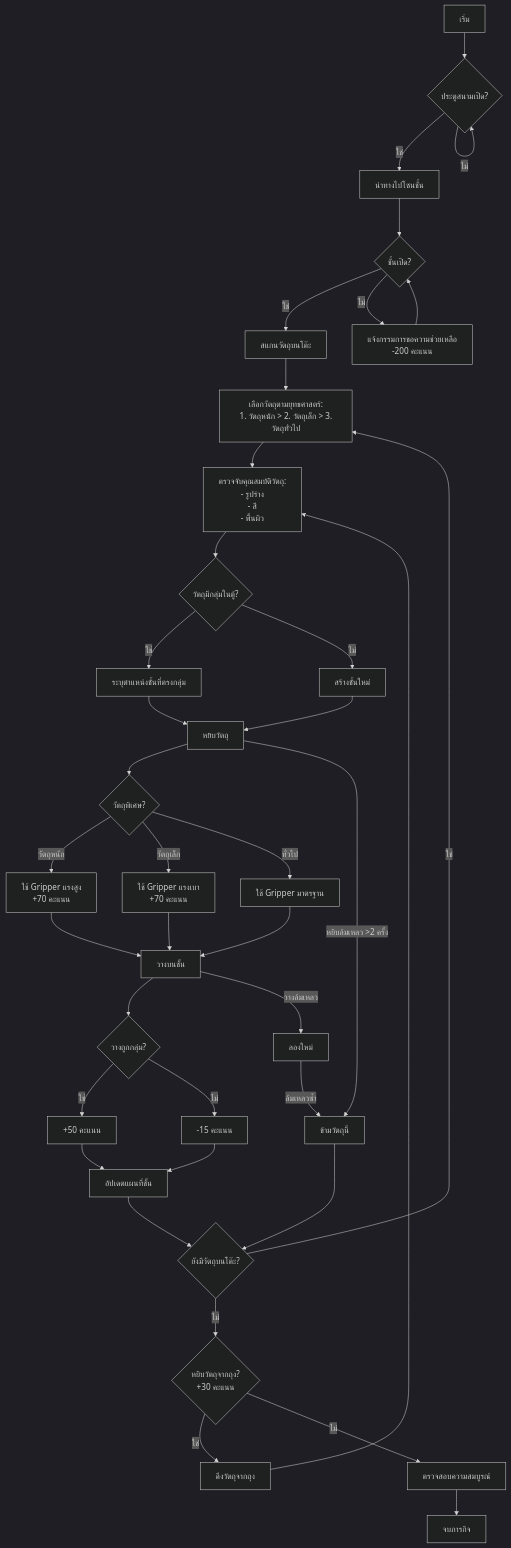
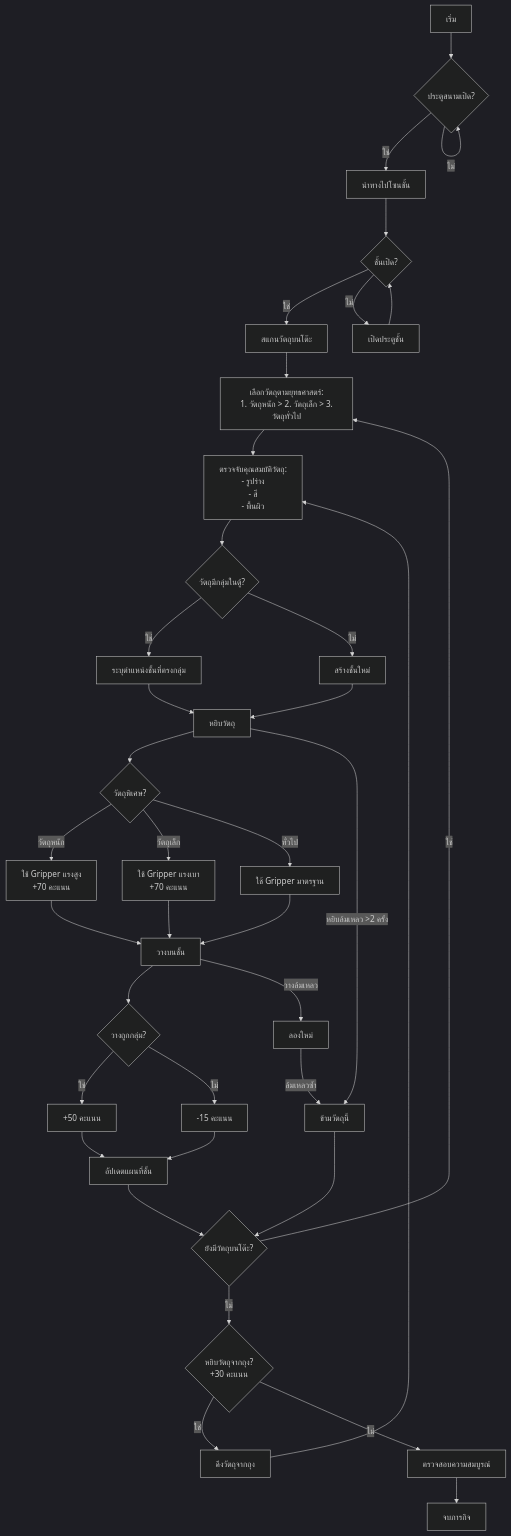
One commit to NapatzZ/state-robocup changed the diagram in StoringGroceries.md. Above: the diagram before and after it, drawn with Mermaid (dark theme).

````diff
--- a/StoringGroceries.md
+++ b/StoringGroceries.md
@@ -1,53 +1,53 @@
 ```mermaid
 flowchart TD
     A[เริ่ม] --> B{ประตูสนามเปิด?}
     B -->|ใช่| C[นำทางไปโซนชั้น]
     B -->|ไม่| B
     
     C --> D{ชั้นเปิด?}
     D -->|ใช่| E[สแกนวัตถุบนโต๊ะ]
-    D -->|ไม่| F[แจ้งกรรมการขอความช่วยเหลือ \n -200 คะแนน]
+    D -->|ไม่| F[เปิดประตูชั้น]
     F --> D
     
     E --> G[เลือกวัตถุตามยุทธศาสตร์:\n 1. วัตถุหนัก > 2. วัตถุเล็ก > 3. วัตถุทั่วไป]
     G --> H[ตรวจจับคุณสมบัติวัตถุ:\n - รูปร่าง\n - สี\n - พื้นผิว]
     
     H --> I{วัตถุมีกลุ่มในตู้?}
     I -->|ใช่| J[ระบุตำแหน่งชั้นที่ตรงกลุ่ม]
     I -->|ไม่| K[สร้างชั้นใหม่]
     
     J --> L[หยิบวัตถุ]
     K --> L
     
     L --> M{วัตถุพิเศษ?}
     M -->|วัตถุหนัก| N[ใช้ Gripper แรงสูง \n +70 คะแนน]
     M -->|วัตถุเล็ก| O[ใช้ Gripper แรงเบา \n +70 คะแนน]
     M -->|ทั่วไป| P[ใช้ Gripper มาตรฐาน]
     
     N --> Q[วางบนชั้น]
     O --> Q
     P --> Q
     
     Q --> R{วางถูกกลุ่ม?}
     R -->|ใช่| S[+50 คะแนน]
     R -->|ไม่| T[-15 คะแนน]
     
     S --> U[อัปเดตแผนที่ชั้น]
     T --> U
     
     U --> V{ยังมีวัตถุบนโต๊ะ?}
     V -->|ใช่| G
     V -->|ไม่| W{หยิบวัตถุจากถุง? \n +30 คะแนน}
     
     W -->|ใช่| X[ดึงวัตถุจากถุง]
     X --> H
     W -->|ไม่| Y[ตรวจสอบความสมบูรณ์]
     
     Y --> Z[จบภารกิจ]
     
     %% Error handling
     L -->|หยิบล้มเหลว >2 ครั้ง| L1[ข้ามวัตถุนี้]
     L1 --> V
     Q -->|วางล้มเหลว| Q1[ลองใหม่]
     Q1 -->|ล้มเหลวซ้ำ| L1
 ```
````
